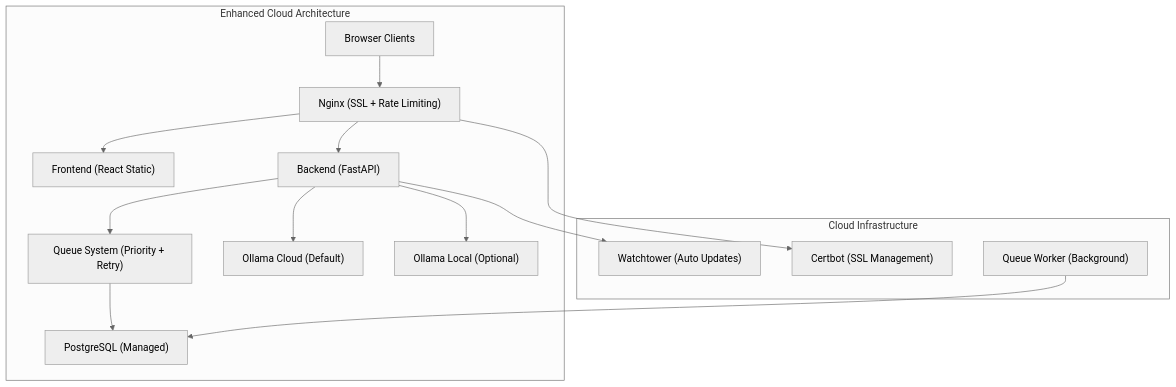
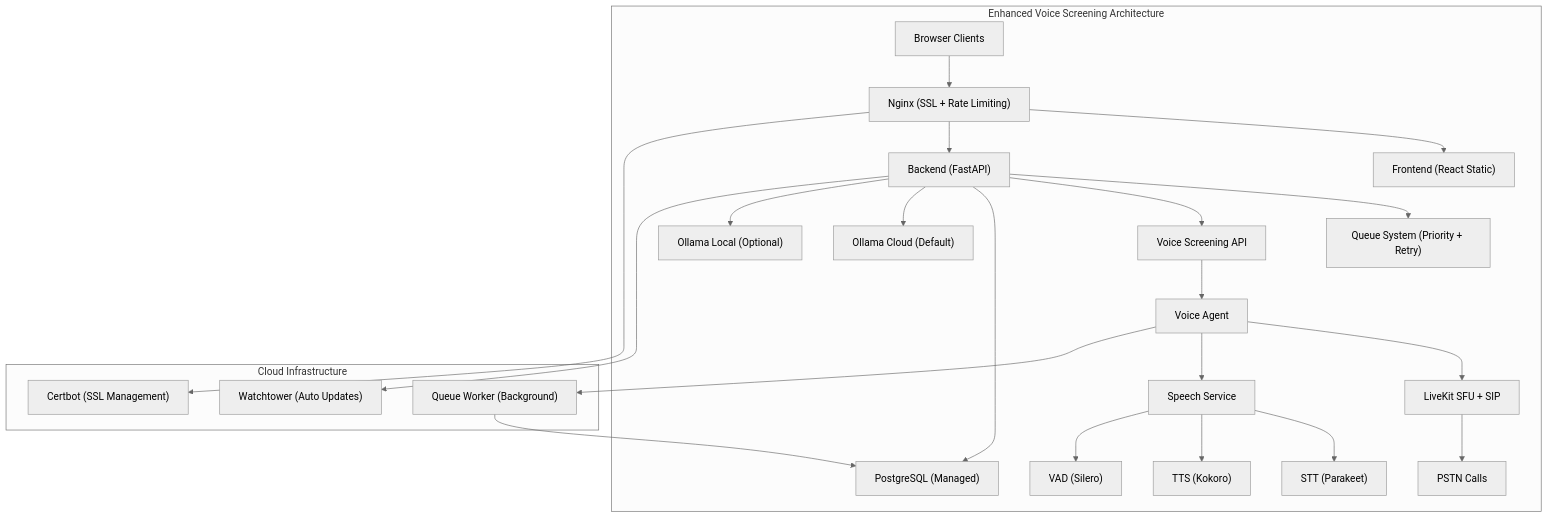
One commit to Revanththetalogics/aireume changed the first of 15 diagrams in .qoder/repowiki/en/content/Deployment & DevOps/Deployment & DevOps.md. Above: the diagram before and after it, drawn with Mermaid (neutral theme). The commit also changed other lines of this file and 39 other files, not shown here.

````diff
--- a/.qoder/repowiki/en/content/Deployment & DevOps/Deployment & DevOps.md
+++ b/.qoder/repowiki/en/content/Deployment & DevOps/Deployment & DevOps.md
@@ -68,20 +85,29 @@
 ```mermaid
 graph TB
-subgraph "Enhanced Cloud Architecture"
+subgraph "Enhanced Voice Screening Architecture"
 Client["Browser Clients"] --> Nginx["Nginx (SSL + Rate Limiting)"]
 Nginx --> FE["Frontend (React Static)"]
 Nginx --> BE["Backend (FastAPI)"]
 BE --> Queue["Queue System (Priority + Retry)"]
-Queue --> DB["PostgreSQL (Managed)"]
+BE --> VoiceAPI["Voice Screening API"]
+VoiceAPI --> VoiceAgent["Voice Agent"]
+VoiceAgent --> LiveKit["LiveKit SFU + SIP"]
+LiveKit --> PSTN["PSTN Calls"]
+VoiceAgent --> SpeechService["Speech Service"]
+SpeechService --> STT["STT (Parakeet)"]
+SpeechService --> TTS["TTS (Kokoro)"]
+SpeechService --> VAD["VAD (Silero)"]
+BE --> DB["PostgreSQL (Managed)"]
 BE --> OllamaCloud["Ollama Cloud (Default)"]
 BE --> OllamaLocal["Ollama Local (Optional)"]
 end
 subgraph "Cloud Infrastructure"
 Watchtower["Watchtower (Auto Updates)"]
 Certbot["Certbot (SSL Management)"]
 QueueWorker["Queue Worker (Background)"]
 end
 Nginx --> Certbot
 BE --> Watchtower
 QueueWorker --> DB
+VoiceAgent --> QueueWorker
 ```
````
